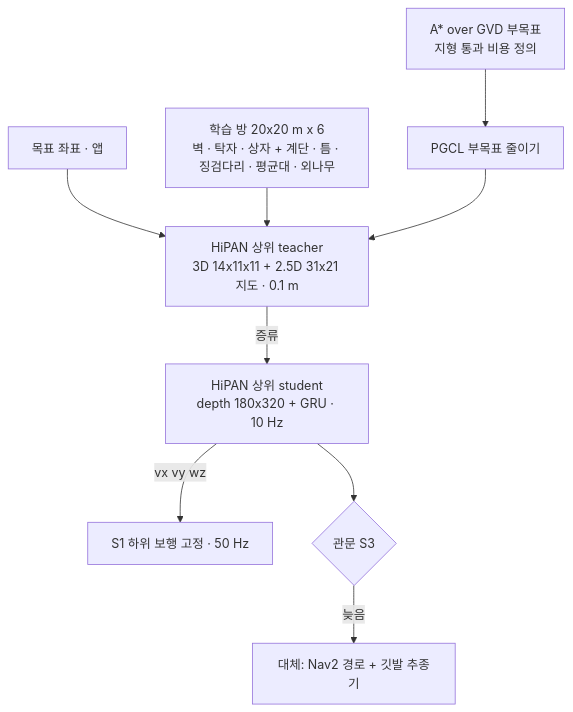
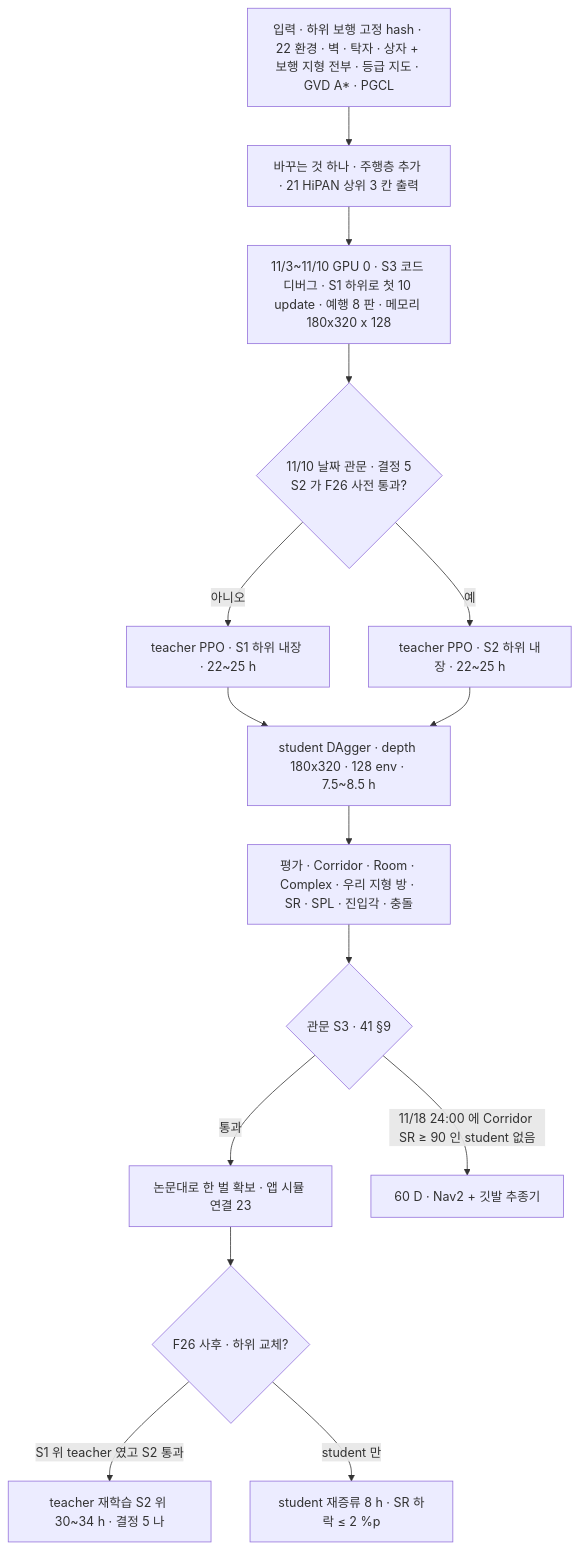
The diagram in inbox/jay/20261019-design/54-S3-NAV.md (foothold-project/foothold-lab), drawn with Mermaid before and after one commit. The commit also changed other lines of this file and 25 other files, not shown here.

````diff
--- a/inbox/jay/20261019-design/54-S3-NAV.md
+++ b/inbox/jay/20261019-design/54-S3-NAV.md
@@ -9,11 +15,17 @@
 ```mermaid
 flowchart TB
-  G[목표 좌표 · 앱] --> H[HiPAN 상위 teacher<br/>3D 14x11x11 + 2.5D 31x21 지도 · 0.1 m]
-  H -->|증류| HS[HiPAN 상위 student<br/>depth 180x320 + GRU · 10 Hz]
-  HS -->|vx vy wz| L[S1 하위 보행 고정 · 50 Hz]
-  ENV[학습 방 20x20 m x 6<br/>벽 · 탁자 · 상자 + 계단 · 틈 · 징검다리 · 평균대 · 외나무] --> H
-  ASTAR[A* over GVD 부목표<br/>지형 통과 비용 정의] --> PGCL[PGCL 부목표 줄이기]
-  PGCL --> H
-  HS --> EV{관문 S3}
-  EV -->|늦음| N2[대체: Nav2 경로 + 깃발 추종기]
+  IN[입력 · 하위 보행 고정 hash · 22 환경 · 벽 · 탁자 · 상자 + 보행 지형 전부 · 등급 지도 · GVD A* · PGCL] --> CH[바꾸는 것 하나 · 주행층 추가 · 21 HiPAN 상위 3 칸 출력]
+  CH --> DBG[11/3~11/10 GPU 0 · S3 코드 디버그 · S1 하위로 첫 10 update · 예행 8 판 · 메모리 180x320 x 128]
+  DBG --> SEL{11/10 날짜 관문 · 결정 5<br/>S2 가 F26 사전 통과?}
+  SEL -->|예| T2[teacher PPO · S2 하위 내장 · 22~25 h]
+  SEL -->|아니오| T1[teacher PPO · S1 하위 내장 · 22~25 h]
+  T1 --> ST[student DAgger · depth 180x320 · 128 env · 7.5~8.5 h]
+  T2 --> ST
+  ST --> EV[평가 · Corridor · Room · Complex · 우리 지형 방 · SR · SPL · 진입각 · 충돌]
+  EV --> G{관문 S3 · 41 §9}
+  G -->|통과| ONE[논문대로 한 벌 확보 · 앱 시뮬 연결 23]
+  G -->|11/18 24:00 에 Corridor SR ≥ 90 인 student 없음| D[60 D · Nav2 + 깃발 추종기]
+  ONE --> SW{F26 사후 · 하위 교체?}
+  SW -->|S1 위 teacher 였고 S2 통과| RT[teacher 재학습 S2 위 30~34 h · 결정 5 나]
+  SW -->|student 만| RD[student 재증류 8 h · SR 하락 ≤ 2 %p]
 ```
````
